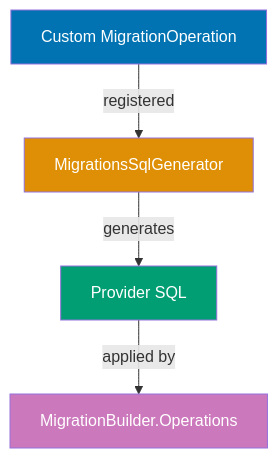
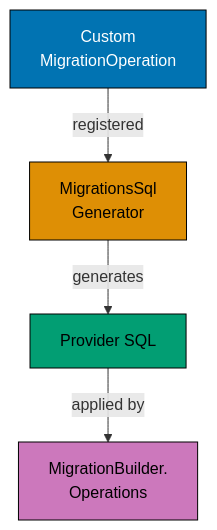
One commit to wahidyankf/ose-public changed the first of 5 diagrams in apps/ayokoding-www/content/en/learn/legacy/software-engineering/data/tools/csharp-ef-core/by-example/advanced.md. Above: the diagram before and after it, drawn with Mermaid. The commit also changed other lines of this file and 131 other files, not shown here.

First line of the commit message:
fix(mermaid): bring the legacy data, infrastructure, and testing diagrams onto the accessible palette

````diff
--- a/apps/ayokoding-www/content/en/learn/legacy/software-engineering/data/tools/csharp-ef-core/by-example/advanced.md
+++ b/apps/ayokoding-www/content/en/learn/legacy/software-engineering/data/tools/csharp-ef-core/by-example/advanced.md
@@ -24,12 +24,19 @@
 ```mermaid
 %% Color Palette: Blue #0173B2, Orange #DE8F05, Teal #029E73, Purple #CC78BC, Brown #CA9161
 graph TD
-    A[Custom MigrationOperation] -->|registered| B[MigrationsSqlGenerator]
+    accTitle: Example 61: Custom Migration Operations
+    accDescr: Graph with 4 nodes and 3 connections. Nodes: Custom MigrationOperation, MigrationsSql Generator, Provider SQL, MigrationBuilder. Operations. Connections: Custom MigrationOperation to MigrationsSql Generator (registered), MigrationsSql Generator to Provider SQL (generates), Provider SQL to MigrationBuilder. Operations (applied by).
+    A[Custom<br/>MigrationOperation] -->|registered| B[MigrationsSql<br/>Generator]
     B -->|generates| C[Provider SQL]
-    C -->|applied by| D[MigrationBuilder.Operations]
+    C -->|applied by| D[MigrationBuilder.<br/>Operations]
 
-    style A fill:#0173B2,color:#fff
-    style B fill:#DE8F05,color:#fff
-    style C fill:#029E73,color:#fff
-    style D fill:#CC78BC,color:#fff
+    classDef pal-0173B2 fill:#0173B2,stroke:#000000,color:#FFFFFF
+    class A pal-0173B2
+    classDef pal-DE8F05 fill:#DE8F05,stroke:#000000,color:#000000
+    class B pal-DE8F05
+    classDef pal-029E73 fill:#029E73,stroke:#000000,color:#000000
+    class C pal-029E73
+    classDef pal-CC78BC fill:#CC78BC,stroke:#000000,color:#000000
+    class D pal-CC78BC
+    classDef default fill:#FFFFFF,stroke:#000000,color:#000000
 ```
````
